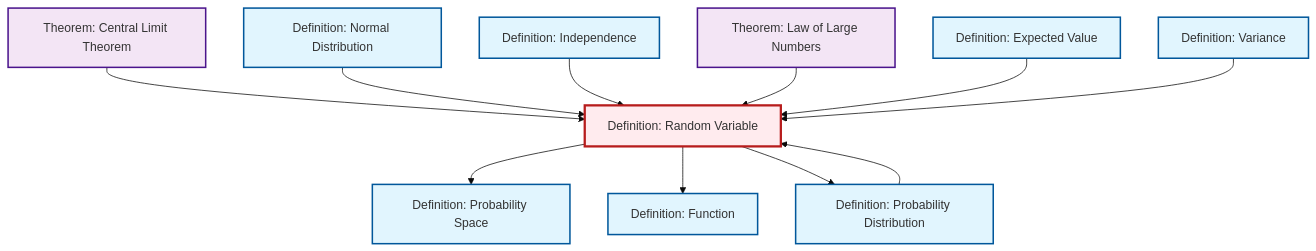
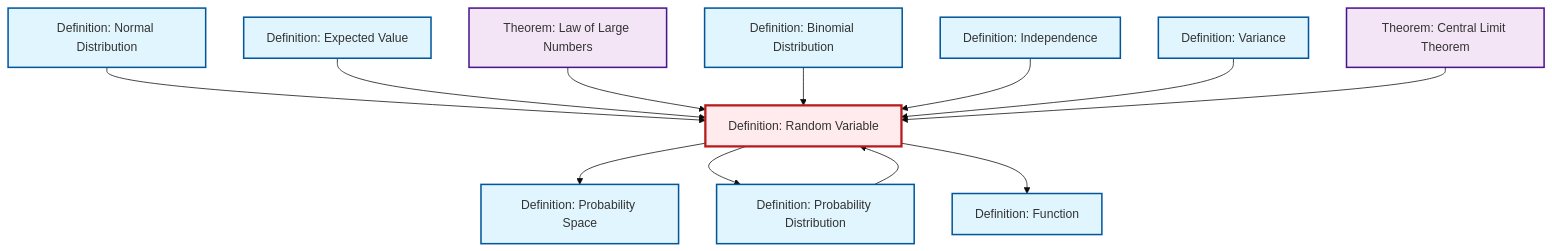
The diagram in content/ja/probability-statistics/def-random-variable.qmd (RK0429/ModernMath), drawn with Mermaid (base theme) before and after one commit. The commit also changed 654 other files, not shown here.

````diff
--- a/content/ja/probability-statistics/def-random-variable.qmd
+++ b/content/ja/probability-statistics/def-random-variable.qmd
@@ -50,39 +50,42 @@
 ```{mermaid}
 %%| fig-cap: "Local dependency graph"
 graph TD
     classDef definition fill:#e1f5fe,stroke:#01579b,stroke-width:2px
     classDef theorem fill:#f3e5f5,stroke:#4a148c,stroke-width:2px
     classDef axiom fill:#fff3e0,stroke:#e65100,stroke-width:2px
     classDef example fill:#e8f5e9,stroke:#1b5e20,stroke-width:2px
     classDef current fill:#ffebee,stroke:#b71c1c,stroke-width:3px
+    def-binomial-distribution["Definition: Binomial Distribution"]:::definition
+    def-normal-distribution["Definition: Normal Distribution"]:::definition
+    thm-law-of-large-numbers["Theorem: Law of Large Numbers"]:::theorem
+    def-probability-distribution["Definition: Probability Distribution"]:::definition
+    def-variance["Definition: Variance"]:::definition
+    def-expectation["Definition: Expected Value"]:::definition
+    def-random-variable["Definition: Random Variable"]:::definition
+    thm-central-limit["Theorem: Central Limit Theorem"]:::theorem
+    def-function["Definition: Function"]:::definition
     def-independence["Definition: Independence"]:::definition
-    thm-central-limit["Theorem: Central Limit Theorem"]:::theorem
     def-probability-space["Definition: Probability Space"]:::definition
-    def-expectation["Definition: Expected Value"]:::definition
-    def-variance["Definition: Variance"]:::definition
-    def-probability-distribution["Definition: Probability Distribution"]:::definition
-    def-normal-distribution["Definition: Normal Distribution"]:::definition
-    def-function["Definition: Function"]:::definition
-    thm-law-of-large-numbers["Theorem: Law of Large Numbers"]:::theorem
-    def-random-variable["Definition: Random Variable"]:::definition
+    def-normal-distribution --> def-random-variable
     def-random-variable --> def-probability-space
+    def-expectation --> def-random-variable
+    def-probability-distribution --> def-random-variable
+    thm-law-of-large-numbers --> def-random-variable
+    def-random-variable --> def-probability-distribution
+    def-binomial-distribution --> def-random-variable
+    def-random-variable --> def-function
+    def-independence --> def-random-variable
+    def-variance --> def-random-variable
     thm-central-limit --> def-random-variable
-    def-normal-distribution --> def-random-variable
-    def-independence --> def-random-variable
-    thm-law-of-large-numbers --> def-random-variable
-    def-expectation --> def-random-variable
-    def-variance --> def-random-variable
-    def-probability-distribution --> def-random-variable
-    def-random-variable --> def-function
-    def-random-variable --> def-probability-distribution
     class def-random-variable current
+    click def-binomial-distribution "def-binomial-distribution.html" "Definition: Binomial Distributionへ"
+    click def-normal-distribution "def-normal-distribution.html" "Definition: Normal Distributionへ"
+    click thm-law-of-large-numbers "thm-law-of-large-numbers.html" "Theorem: Law of Large Numbersへ"
+    click def-probability-distribution "def-probability-distribution.html" "Definition: Probability Distributionへ"
+    click def-variance "def-variance.html" "Definition: Varianceへ"
+    click def-expectation "def-expectation.html" "Definition: Expected Valueへ"
+    click thm-central-limit "thm-central-limit.html" "Theorem: Central Limit Theoremへ"
+    click def-function "def-function.html" "Definition: Functionへ"
     click def-independence "def-independence.html" "Definition: Independenceへ"
-    click thm-central-limit "thm-central-limit.html" "Theorem: Central Limit Theoremへ"
     click def-probability-space "def-probability-space.html" "Definition: Probability Spaceへ"
-    click def-expectation "def-expectation.html" "Definition: Expected Valueへ"
-    click def-variance "def-variance.html" "Definition: Varianceへ"
-    click def-probability-distribution "def-probability-distribution.html" "Definition: Probability Distributionへ"
-    click def-normal-distribution "def-normal-distribution.html" "Definition: Normal Distributionへ"
-    click def-function "def-function.html" "Definition: Functionへ"
-    click thm-law-of-large-numbers "thm-law-of-large-numbers.html" "Theorem: Law of Large Numbersへ"
 ```
````
